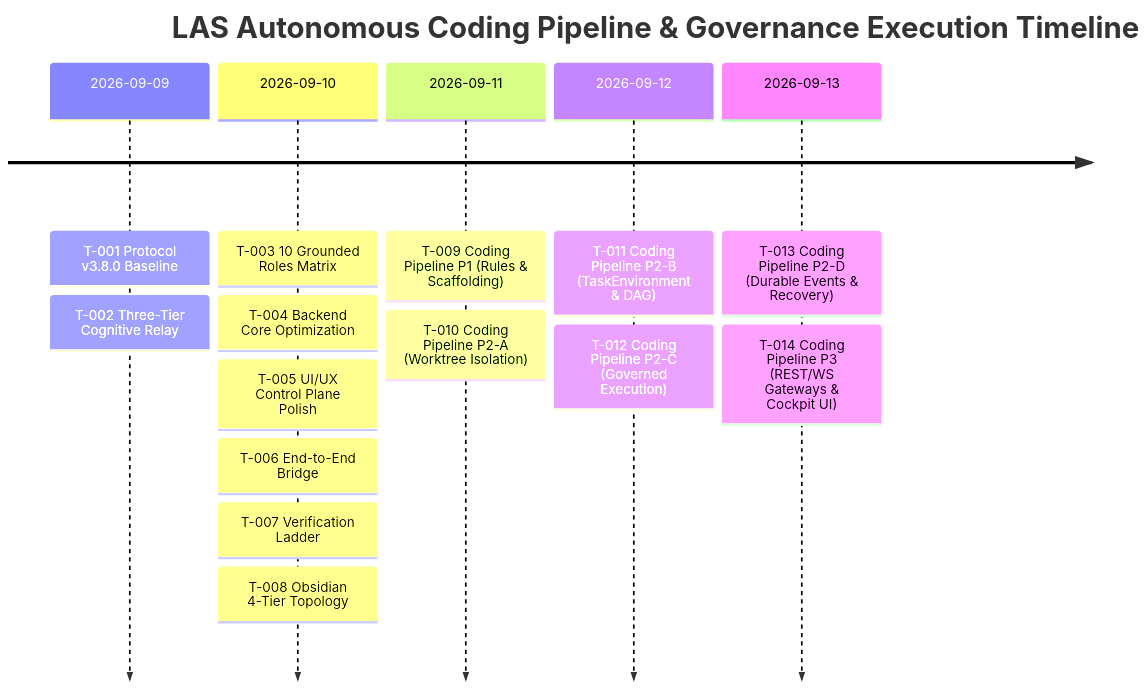
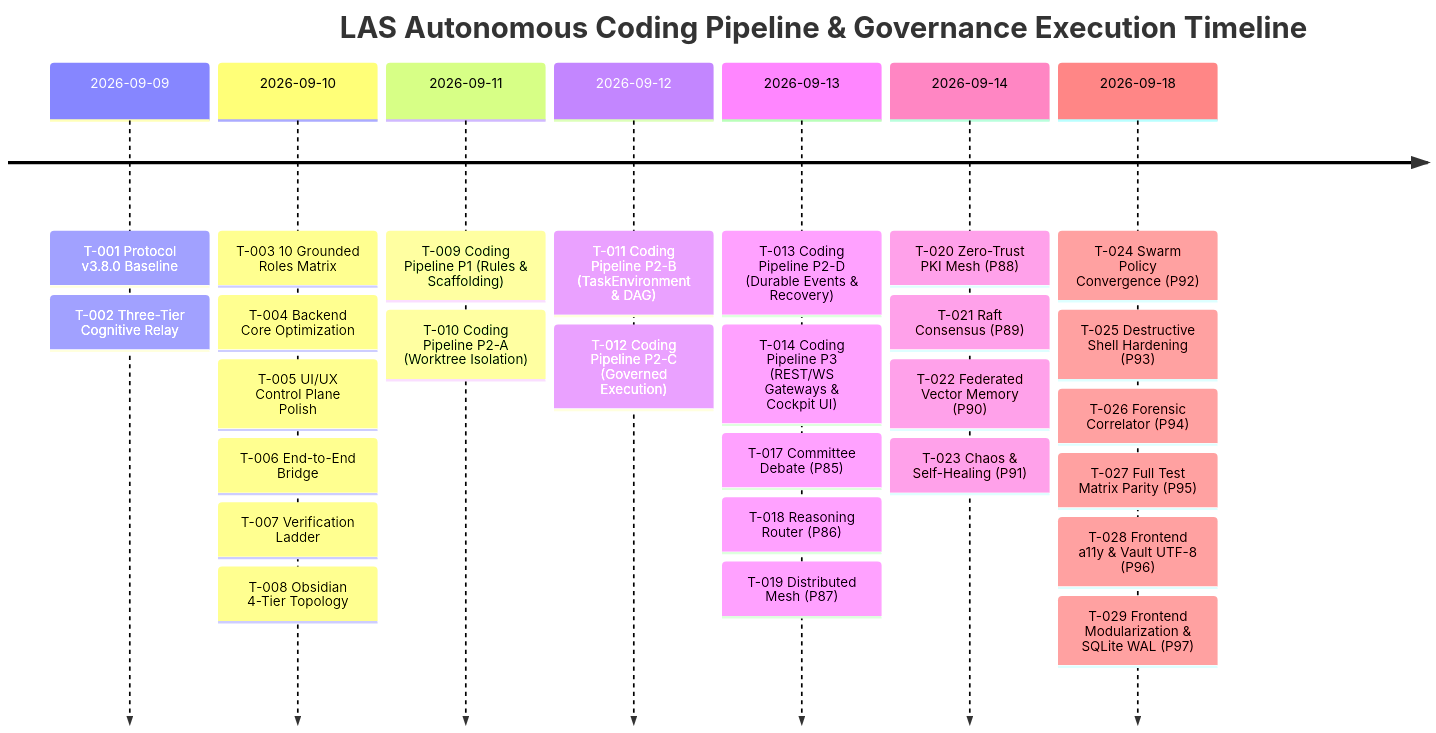
Before and after one commit to OPluke11-abula/LLM-Agent-System: the diagram in docs/obsidian/80 Project Execution History & Milestone Logs.md, drawn with Mermaid. The commit also changed other lines of this file and 75 other files, not shown here.

````diff
--- a/docs/obsidian/80 Project Execution History & Milestone Logs.md
+++ b/docs/obsidian/80 Project Execution History & Milestone Logs.md
@@ -26,9 +26,11 @@
 ```mermaid
 timeline
     title LAS Autonomous Coding Pipeline & Governance Execution Timeline
     2026-09-09 : T-001 Protocol v3.8.0 Baseline : T-002 Three-Tier Cognitive Relay
     2026-09-10 : T-003 10 Grounded Roles Matrix : T-004 Backend Core Optimization : T-005 UI/UX Control Plane Polish : T-006 End-to-End Bridge : T-007 Verification Ladder : T-008 Obsidian 4-Tier Topology
     2026-09-11 : T-009 Coding Pipeline P1 (Rules & Scaffolding) : T-010 Coding Pipeline P2-A (Worktree Isolation)
     2026-09-12 : T-011 Coding Pipeline P2-B (TaskEnvironment & DAG) : T-012 Coding Pipeline P2-C (Governed Execution)
-    2026-09-13 : T-013 Coding Pipeline P2-D (Durable Events & Recovery) : T-014 Coding Pipeline P3 (REST/WS Gateways & Cockpit UI)
+    2026-09-13 : T-013 Coding Pipeline P2-D (Durable Events & Recovery) : T-014 Coding Pipeline P3 (REST/WS Gateways & Cockpit UI) : T-017 Committee Debate (P85) : T-018 Reasoning Router (P86) : T-019 Distributed Mesh (P87)
+    2026-09-14 : T-020 Zero-Trust PKI Mesh (P88) : T-021 Raft Consensus (P89) : T-022 Federated Vector Memory (P90) : T-023 Chaos & Self-Healing (P91)
+    2026-09-18 : T-024 Swarm Policy Convergence (P92) : T-025 Destructive Shell Hardening (P93) : T-026 Forensic Correlator (P94) : T-027 Full Test Matrix Parity (P95) : T-028 Frontend a11y & Vault UTF-8 (P96) : T-029 Frontend Modularization & SQLite WAL (P97)
 ```
````
